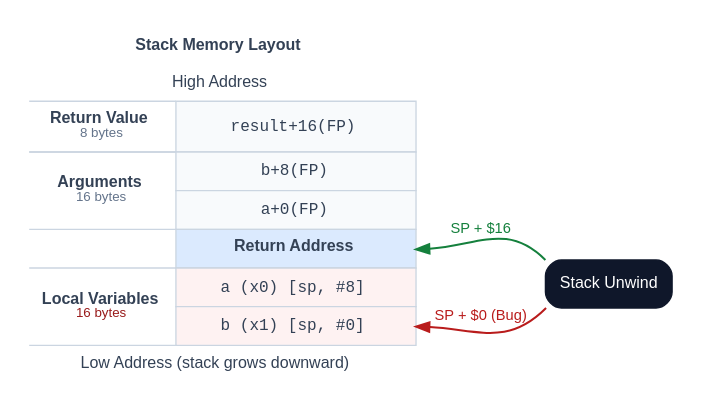
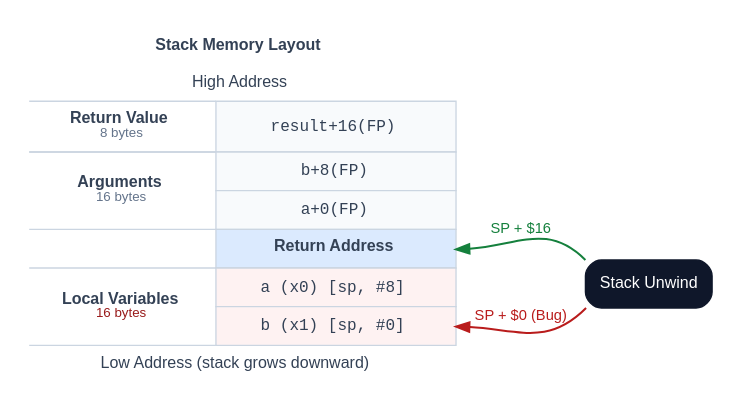
One commit to gorse-io/docs changed the first of 2 diagrams in src/posts/golang-stack-frames.md. Above: the diagram before and after it, drawn with Graphviz. The commit also changed other lines of this file, not shown here.

````diff
--- a/src/posts/golang-stack-frames.md
+++ b/src/posts/golang-stack-frames.md
@@ -36,43 +35,43 @@
 ```graphviz
 digraph StackFrame {
   graph [rankdir=LR, bgcolor="white", pad=0.2, ranksep=0.4];
   node [shape=plain, fontname="sans-serif", fontsize=12, fontcolor="#334155"];
   edge [fontname="sans-serif", fontsize=11, penwidth=1.5];
 
   stack [label=<
     <TABLE BORDER="0" CELLBORDER="1" CELLSPACING="0" CELLPADDING="7" COLOR="#cbd5e1">
       <TR><TD COLSPAN="2" BORDER="0"><B>Stack Memory Layout</B></TD></TR>
       <TR><TD COLSPAN="2" BORDER="0">High Address</TD></TR>
       <TR>
-        <TD WIDTH="110" SIDES="TB"><B>Return Value</B><BR/><FONT POINT-SIZE="10" COLOR="#64748b">8 bytes</FONT></TD>
+        <TD WIDTH="140" SIDES="TB"><B>Return Value</B><BR/><FONT POINT-SIZE="10" COLOR="#64748b">8 bytes</FONT></TD>
         <TD WIDTH="180" BGCOLOR="#f8fafc"><FONT FACE="Courier">result+16(FP)</FONT></TD>
       </TR>
       <TR>
         <TD ROWSPAN="2" SIDES="TB"><B>Arguments</B><BR/><FONT POINT-SIZE="10" COLOR="#64748b">16 bytes</FONT></TD>
         <TD BGCOLOR="#f8fafc"><FONT FACE="Courier">b+8(FP)</FONT></TD>
       </TR>
       <TR>
         <TD BGCOLOR="#f8fafc"><FONT FACE="Courier">a+0(FP)</FONT></TD>
       </TR>
       <TR>
         <TD BORDER="0"></TD>
         <TD PORT="lr" BGCOLOR="#dbeafe"><B>Return Address</B></TD>
       </TR>
       <TR>
         <TD ROWSPAN="2" SIDES="TB"><B>Local Variables</B><BR/><FONT POINT-SIZE="10" COLOR="#991b1b">16 bytes</FONT></TD>
         <TD BGCOLOR="#fef2f2"><FONT FACE="Courier">a (x0) [sp, #8]</FONT></TD>
       </TR>
       <TR>
         <TD PORT="spill" BGCOLOR="#fef2f2"><FONT FACE="Courier">b (x1) [sp, #0]</FONT></TD>
       </TR>
       <TR><TD COLSPAN="2" BORDER="0">Low Address (stack grows downward)</TD></TR>
     </TABLE>
   >];
 
   sp [shape=box, style="rounded,filled", color="#0f172a", fillcolor="#0f172a",
       fontcolor="white", label="Stack Unwind"];
 
   stack:lr:e -> sp:nw [dir=back, label="SP + $16", color="#15803d", fontcolor="#15803d"];
   stack:spill:e -> sp:sw [dir=back, label="SP + $0 (Bug)", color="#b91c1c", fontcolor="#b91c1c"];
 }
 ```
````
